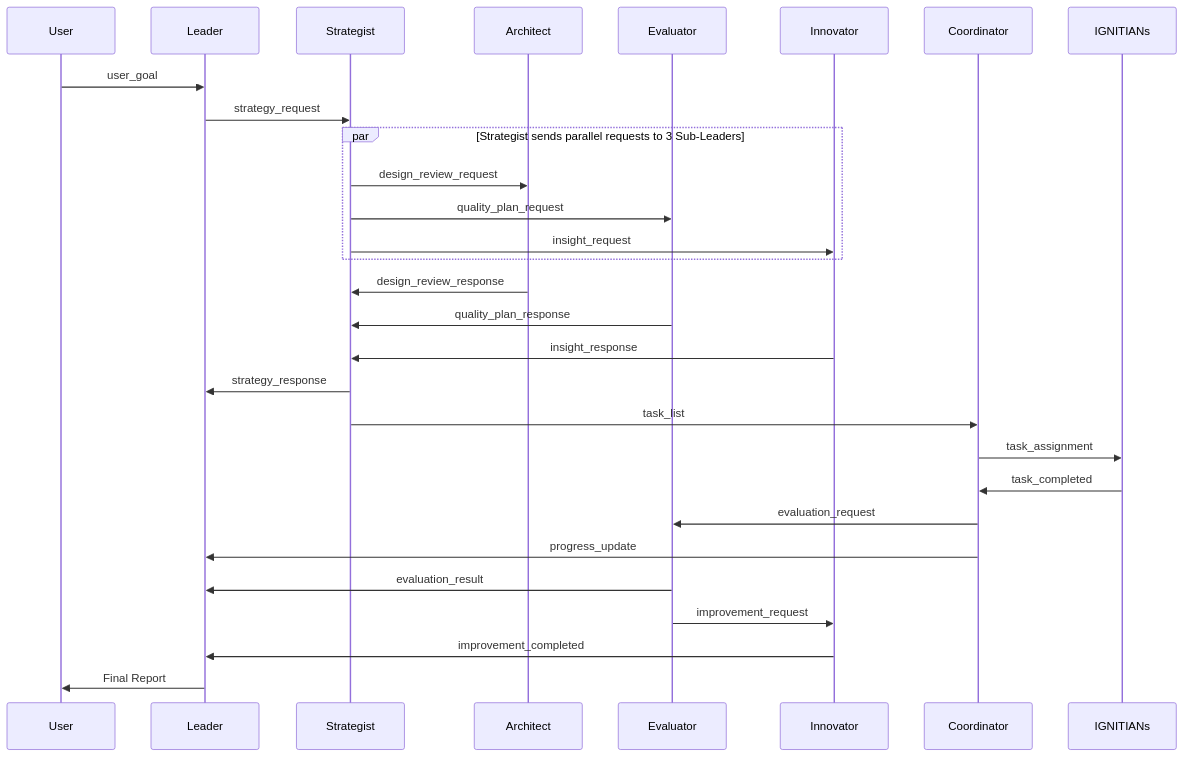
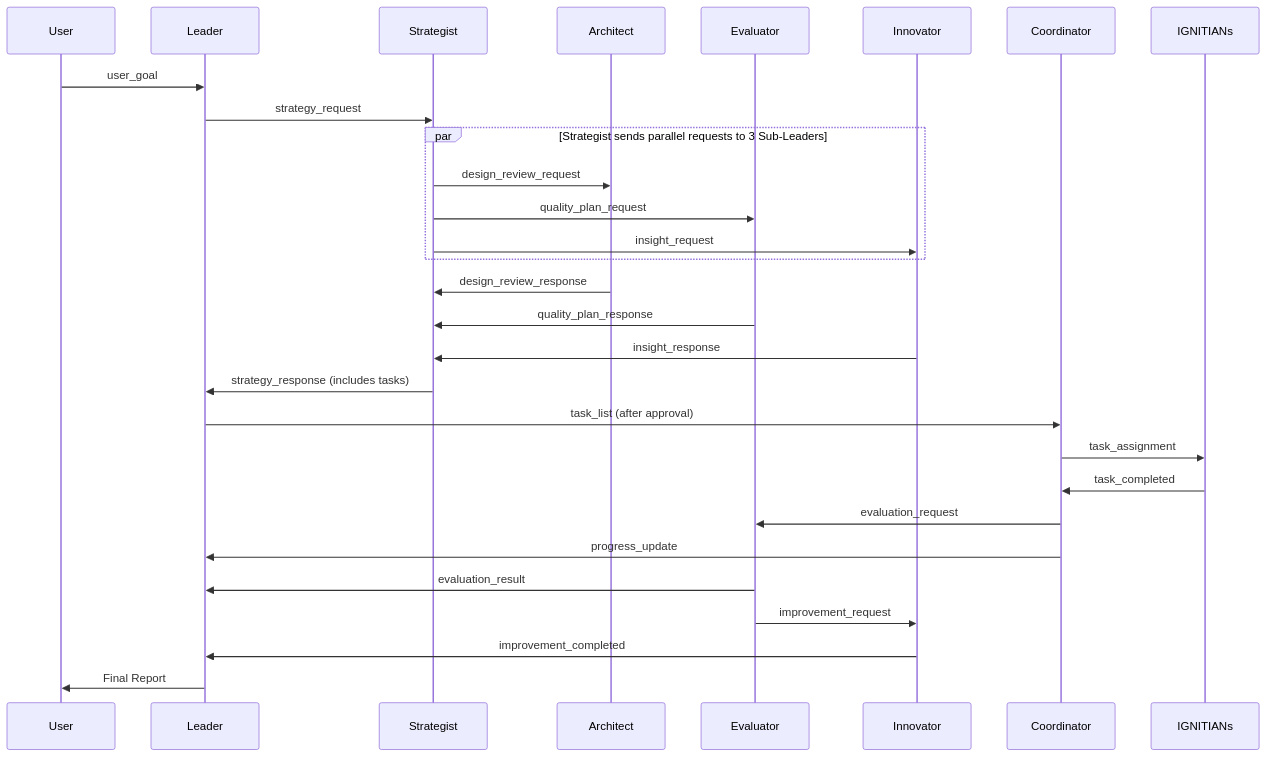
Before and after one commit to myfinder/IGNITE: the second of 2 diagrams in README_en.md, drawn with Mermaid. The commit also changed other lines of this file and 7 other files, not shown here.

````diff
--- a/README_en.md
+++ b/README_en.md
@@ -409,34 +409,34 @@
 ```mermaid
 sequenceDiagram
     participant U as User
     participant L as Leader
     participant S as Strategist
     participant A as Architect
     participant E as Evaluator
     participant I as Innovator
     participant C as Coordinator
     participant IG as IGNITIANs
 
     U->>L: user_goal
     L->>S: strategy_request
 
     par Strategist sends parallel requests to 3 Sub-Leaders
         S->>A: design_review_request
         S->>E: quality_plan_request
         S->>I: insight_request
     end
 
     A->>S: design_review_response
     E->>S: quality_plan_response
     I->>S: insight_response
-    S->>L: strategy_response
-    S->>C: task_list
+    S->>L: strategy_response (includes tasks)
+    L->>C: task_list (after approval)
     C->>IG: task_assignment
     IG->>C: task_completed
     C->>E: evaluation_request
     C->>L: progress_update
     E->>L: evaluation_result
     E->>I: improvement_request
     I->>L: improvement_completed
     L->>U: Final Report
 ```
````
